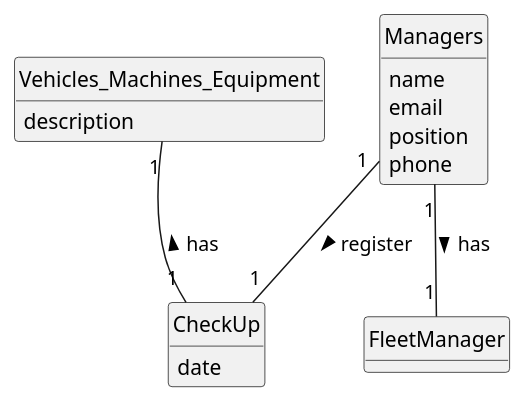
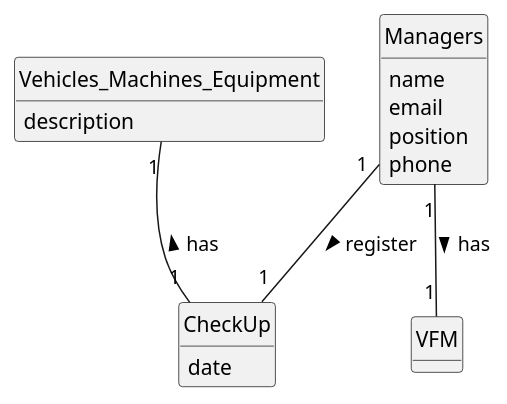
The diagram in docs/sprintA/us007/02.analysis/puml/us007-domain-model.puml (Departamento-de-Engenharia-Informatica/lei-24-s2-1df-1de-g063), drawn with PlantUML before and after one commit. The commit also changed 18 other files, not shown here.

```diff
--- a/docs/sprintA/us007/02.analysis/puml/us007-domain-model.puml
+++ b/docs/sprintA/us007/02.analysis/puml/us007-domain-model.puml
@@ -1,36 +1,36 @@
 @startuml
 skinparam monochrome true
 skinparam packageStyle rectangle
 skinparam shadowing false
 skinparam monochrome true
 skinparam packageStyle rectangle
 skinparam shadowing false
 'skinparam linetype ortho
 'left to right direction
 skinparam classAttributeIconSize 0
 hide circle
 hide methods
 
 class Vehicles_Machines_Equipment {
   description
 }
 
 class CheckUp {
   date
 }
 
-class FleetManager {
+class VFM {
 
 }
 
 class Managers {
     name
     email
     position
     phone
 }
 Managers "1" -- "1" CheckUp : register >
-Managers "1" -- "1" FleetManager : has >
+Managers "1" -- "1" VFM : has >
 Vehicles_Machines_Equipment "1" -- "1" CheckUp : has <
 
 @enduml
```
